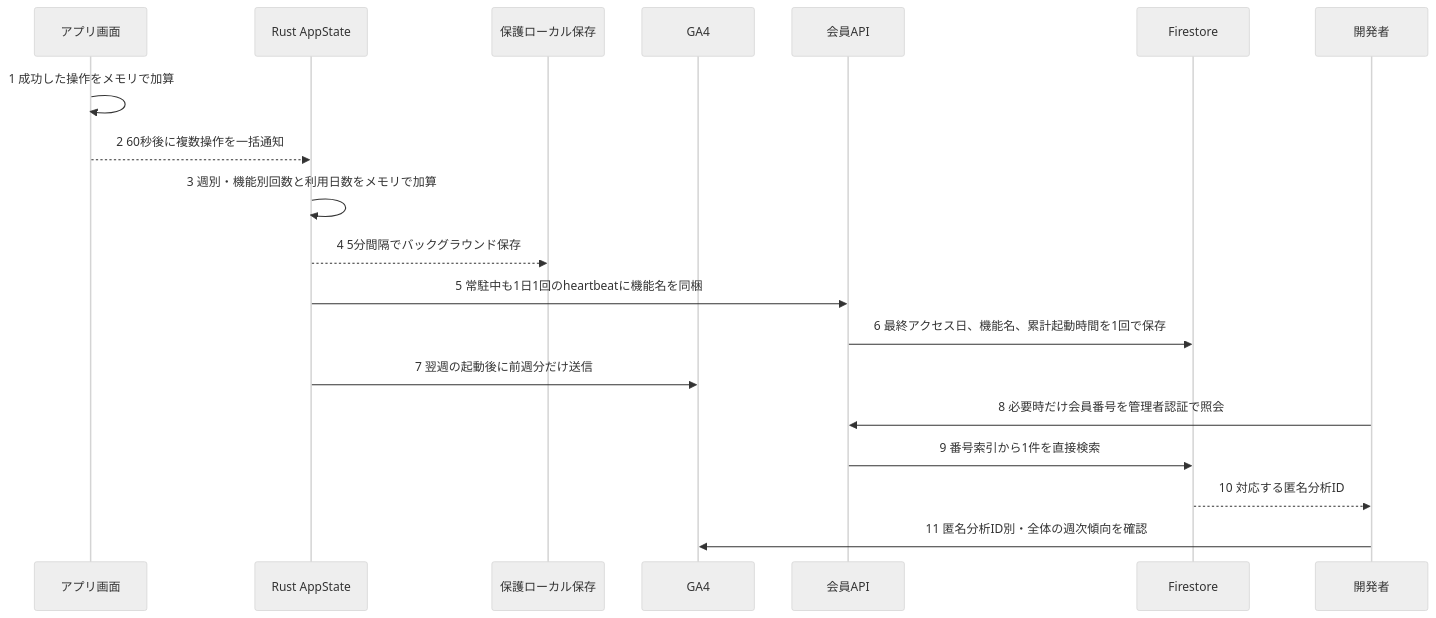
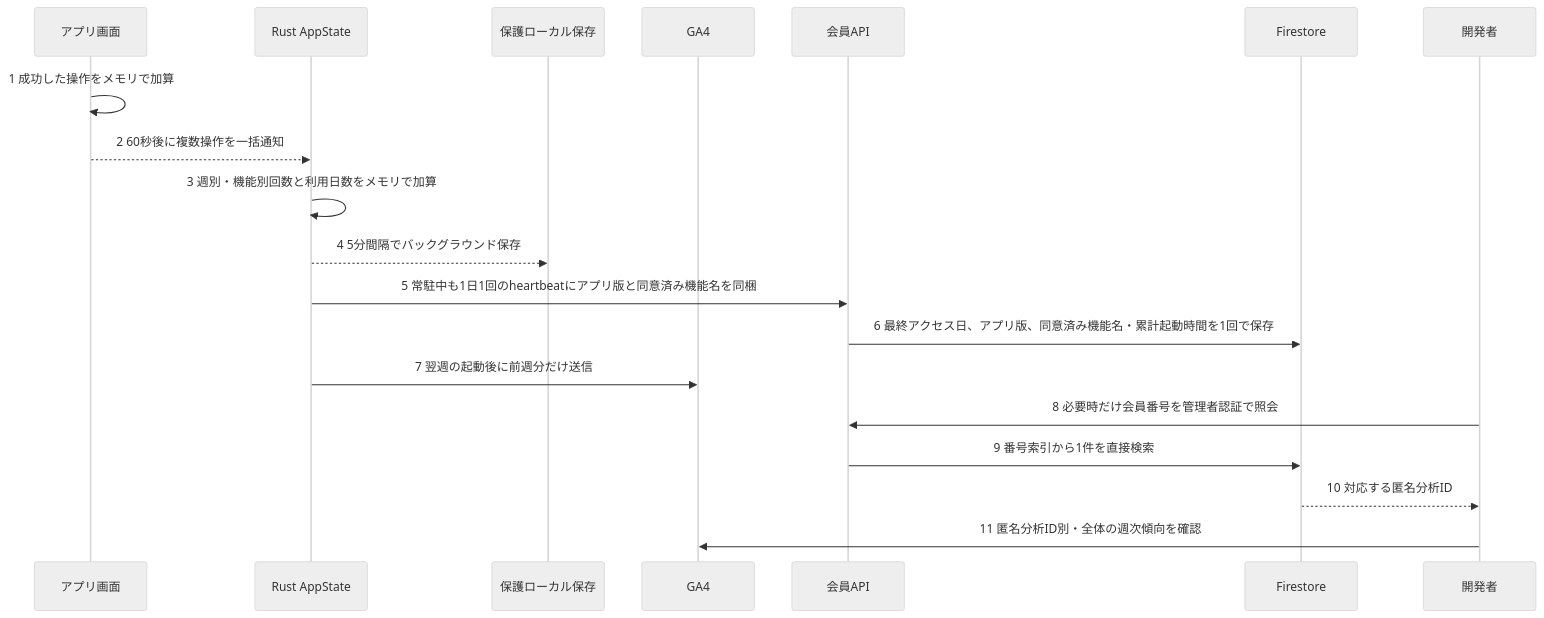
The second of 3 diagrams in docs-v2/009_MEMBERSHIP.md (ore-no-fusen/ore-no-fusen), drawn with Mermaid (neutral theme) before and after one commit. The commit also changed other lines of this file and 8 other files, not shown here.

````diff
--- a/docs-v2/009_MEMBERSHIP.md
+++ b/docs-v2/009_MEMBERSHIP.md
@@ -50,21 +50,21 @@
 ```mermaid
 sequenceDiagram
     participant UI as アプリ画面
     participant Rust as Rust AppState
     participant Local as 保護ローカル保存
     participant GA as GA4
     participant API as 会員API
     participant DB as Firestore
     participant Owner as 開発者
     UI->>UI: 1 成功した操作をメモリで加算
     UI-->>Rust: 2 60秒後に複数操作を一括通知
     Rust->>Rust: 3 週別・機能別回数と利用日数をメモリで加算
     Rust-->>Local: 4 5分間隔でバックグラウンド保存
-    Rust->>API: 5 常駐中も1日1回のheartbeatに機能名を同梱
-    API->>DB: 6 最終アクセス日、機能名、累計起動時間を1回で保存
+    Rust->>API: 5 常駐中も1日1回のheartbeatにアプリ版と同意済み機能名を同梱
+    API->>DB: 6 最終アクセス日、アプリ版、同意済み機能名・累計起動時間を1回で保存
     Rust->>GA: 7 翌週の起動後に前週分だけ送信
     Owner->>API: 8 必要時だけ会員番号を管理者認証で照会
     API->>DB: 9 番号索引から1件を直接検索
     DB-->>Owner: 10 対応する匿名分析ID
     Owner->>GA: 11 匿名分析ID別・全体の週次傾向を確認
 ```
````
